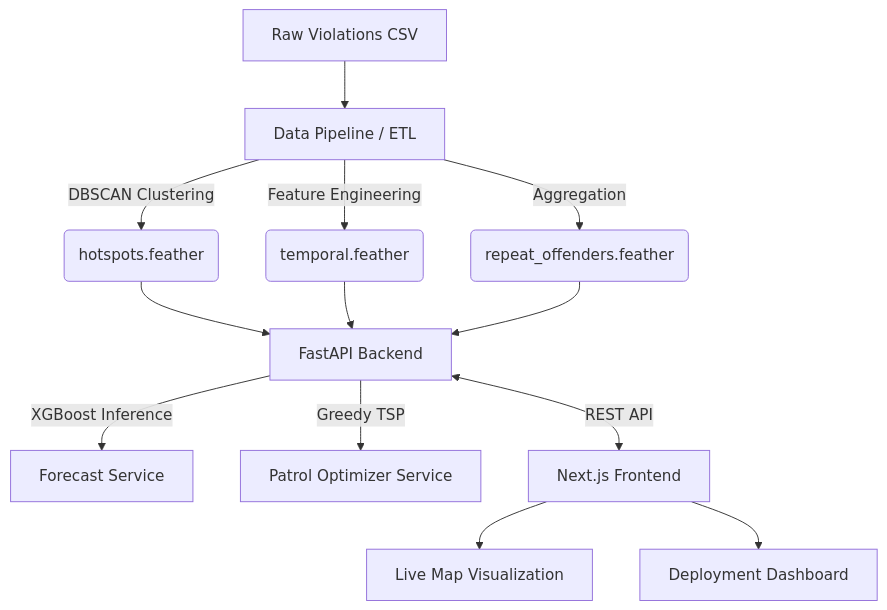
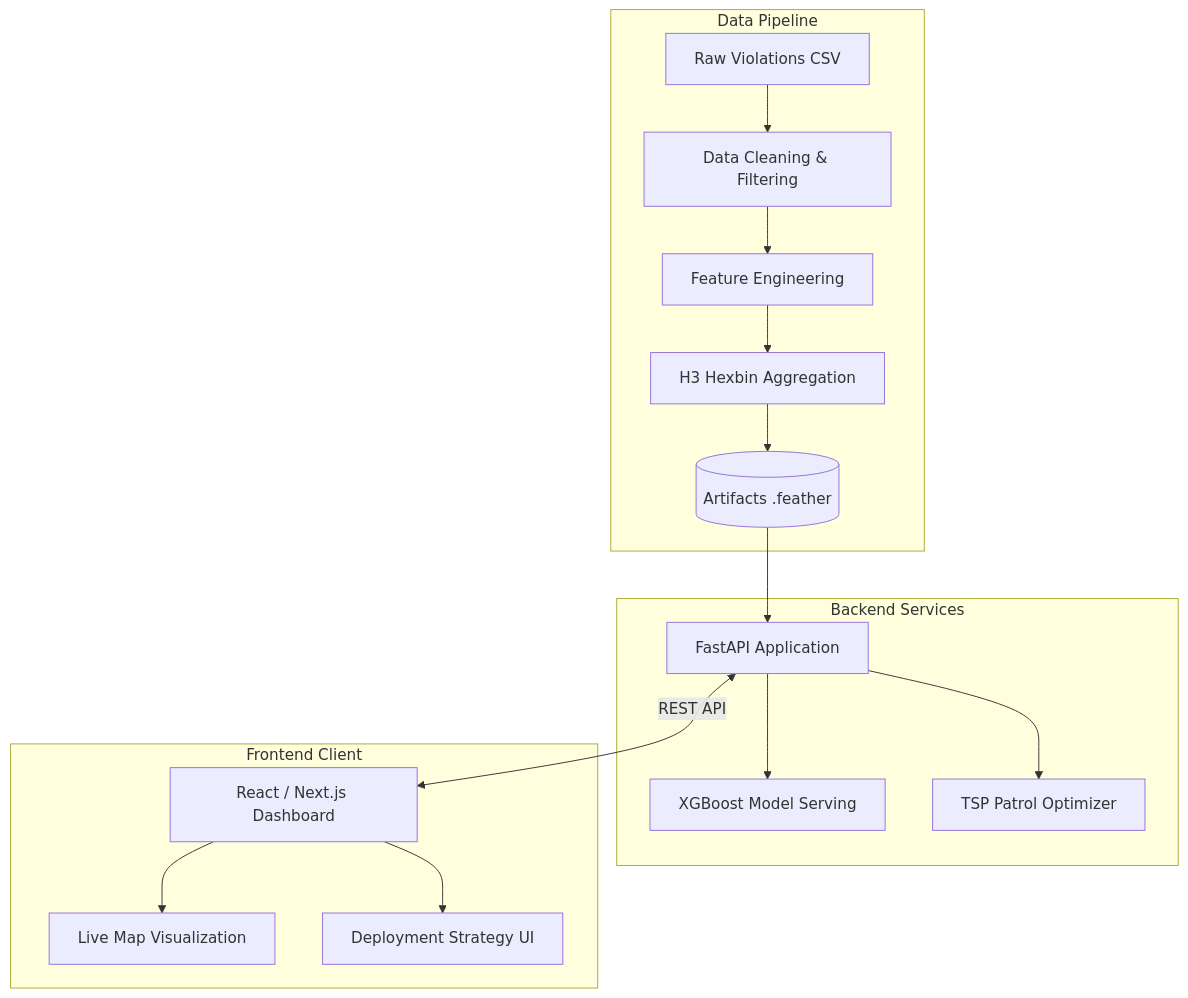
The first of 2 diagrams in README.md (Abhishek86798/gridlock), drawn with Mermaid before and after one commit. The commit also changed other lines of this file, not shown here.

````diff
--- a/README.md
+++ b/README.md
@@ -34,18 +24,21 @@
 ```mermaid
 flowchart TD
-    A[Raw Violations CSV] --> B[Data Pipeline / ETL]
-    B -->|DBSCAN Clustering| C(hotspots.feather)
-    B -->|Feature Engineering| D(temporal.feather)
-    B -->|Aggregation| E(repeat_offenders.feather)
-    
-    C --> F[FastAPI Backend]
-    D --> F
-    E --> F
-    
-    F -->|XGBoost Inference| G[Forecast Service]
-    F -->|Greedy TSP| H[Patrol Optimizer Service]
-    
-    F <-->|REST API| I[Next.js Frontend]
-    I --> J[Live Map Visualization]
-    I --> K[Deployment Dashboard]
+    subgraph Data Pipeline
+        A[Raw Violations CSV] --> B[Data Cleaning & Filtering]
+        B --> C[Feature Engineering]
+        C --> D[H3 Hexbin Aggregation]
+        D --> E[(Artifacts .feather)]
+    end
+
+    subgraph Backend Services
+        E --> F[FastAPI Application]
+        F --> G[XGBoost Model Serving]
+        F --> H[TSP Patrol Optimizer]
+    end
+
+    subgraph Frontend Client
+        F <-->|REST API| I[React / Next.js Dashboard]
+        I --> J[Live Map Visualization]
+        I --> K[Deployment Strategy UI]
+    end
 ```
````
